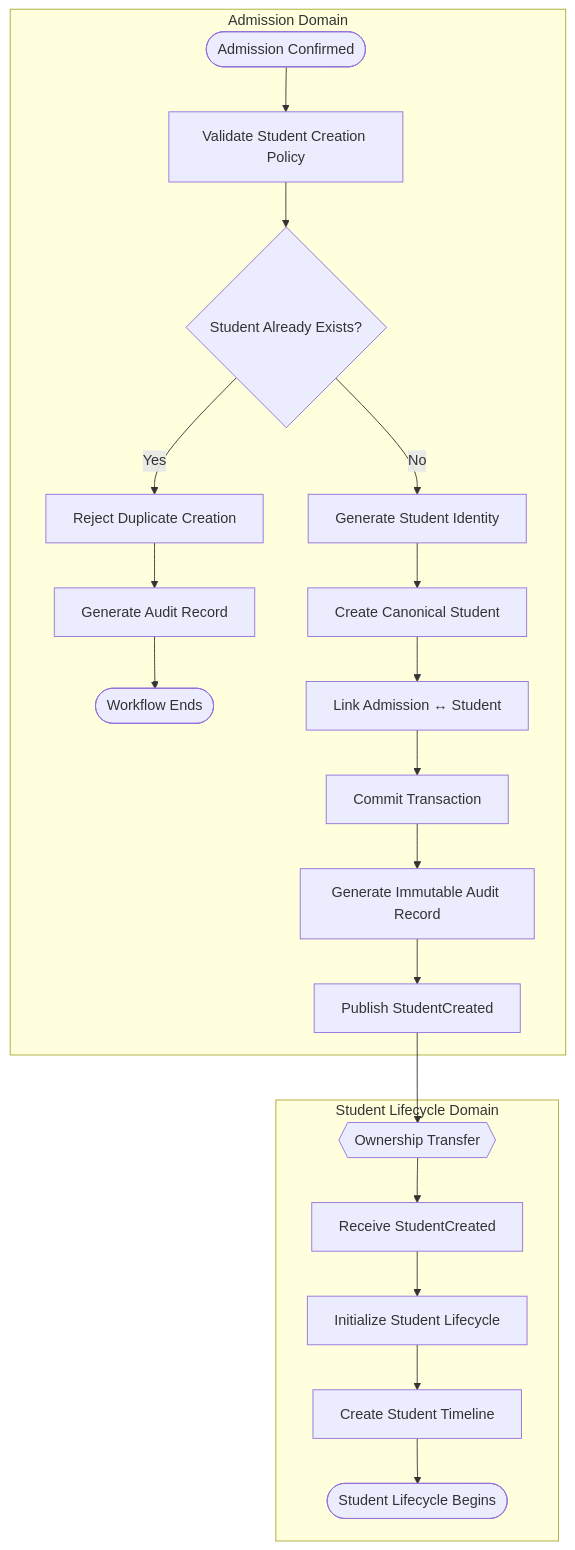
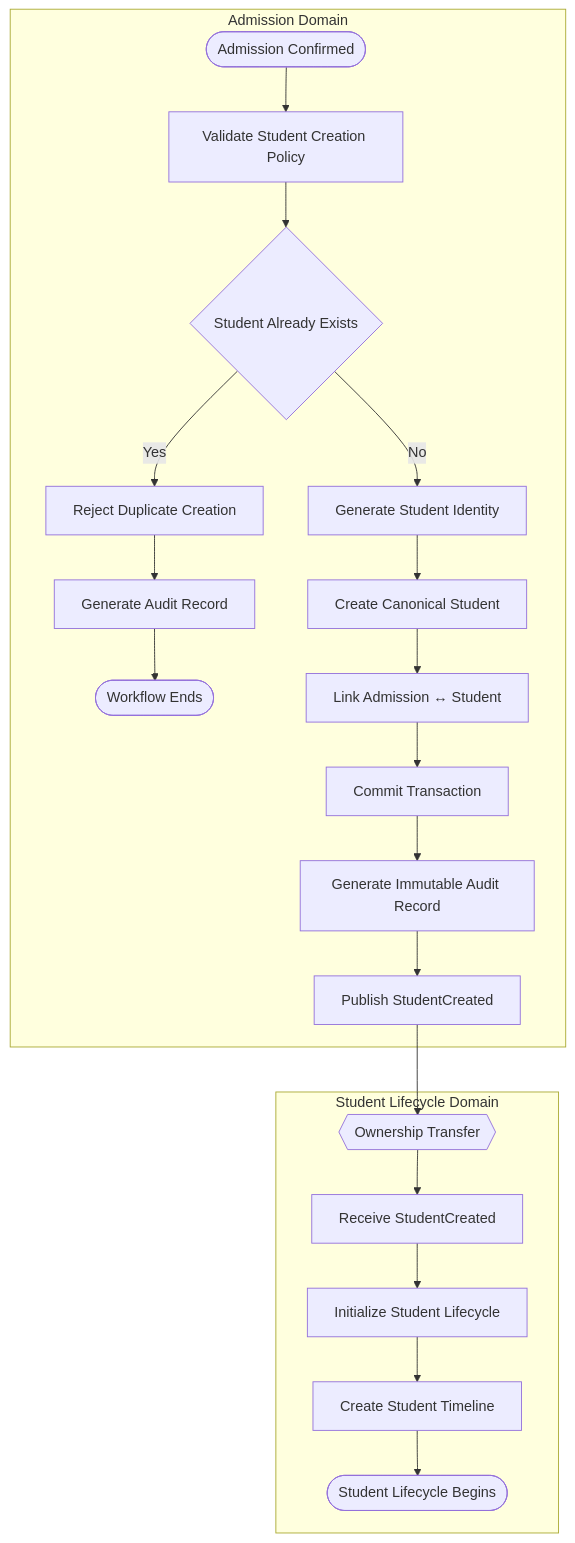
Diagram 17 of 24 in architecture/L2_Domain_Workflow_Architecture/section-c/L2-C01_Admissions_Workflows.md (Varad1604/ERP_hark), drawn with Mermaid before and after one commit. The commit also changed other lines of this file and 96 other files, not shown here.

````diff
--- a/architecture/L2_Domain_Workflow_Architecture/section-c/L2-C01_Admissions_Workflows.md
+++ b/architecture/L2_Domain_Workflow_Architecture/section-c/L2-C01_Admissions_Workflows.md
@@ -8061,57 +8061,57 @@
 ```mermaid
 flowchart TD
 
 %% ==========================================================
 %% Admission Domain
 %% ==========================================================
 
 subgraph AD["Admission Domain"]
 
 A([Admission Confirmed])
 
 --> B[Validate Student Creation Policy]
 
---> C{Student Already Exists?}
+--> C{Student Already Exists}
 
 C -- Yes --> D[Reject Duplicate Creation]
 
 D --> E[Generate Audit Record]
 
 E --> END1([Workflow Ends])
 
 C -- No --> F[Generate Student Identity]
 
 F --> G[Create Canonical Student]
 
 G --> H[Link Admission ↔ Student]
 
 H --> I[Commit Transaction]
 
 I --> J[Generate Immutable Audit Record]
 
 J --> K[Publish StudentCreated]
 
 end
 
 %% ==========================================================
 %% Ownership Transfer
 %% ==========================================================
 
 K --> L{{Ownership Transfer}}
 
 %% ==========================================================
 %% Student Domain
 %% ==========================================================
 
 subgraph SD["Student Lifecycle Domain"]
 
 L --> M[Receive StudentCreated]
 
 M --> N[Initialize Student Lifecycle]
 
 N --> O[Create Student Timeline]
 
 O --> P([Student Lifecycle Begins])
 
 end
 ```
````
